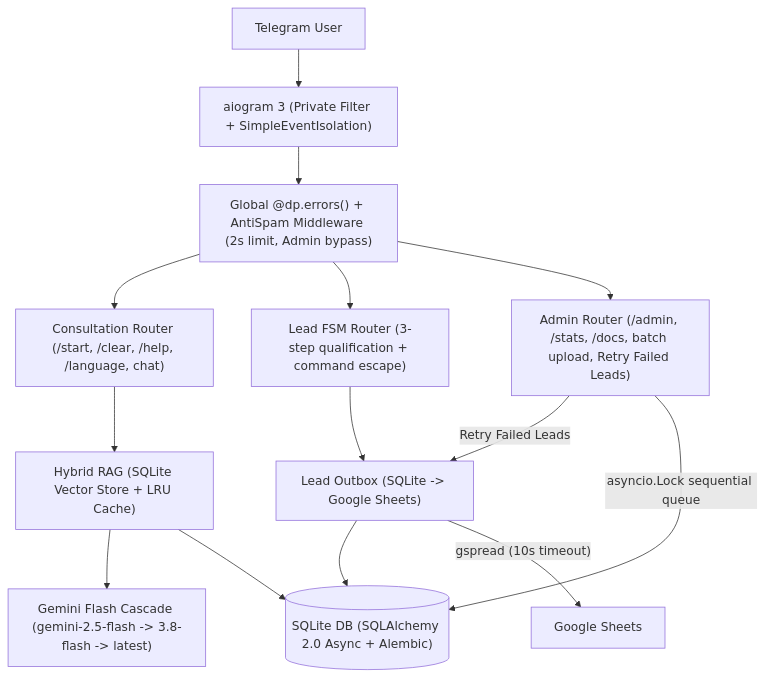
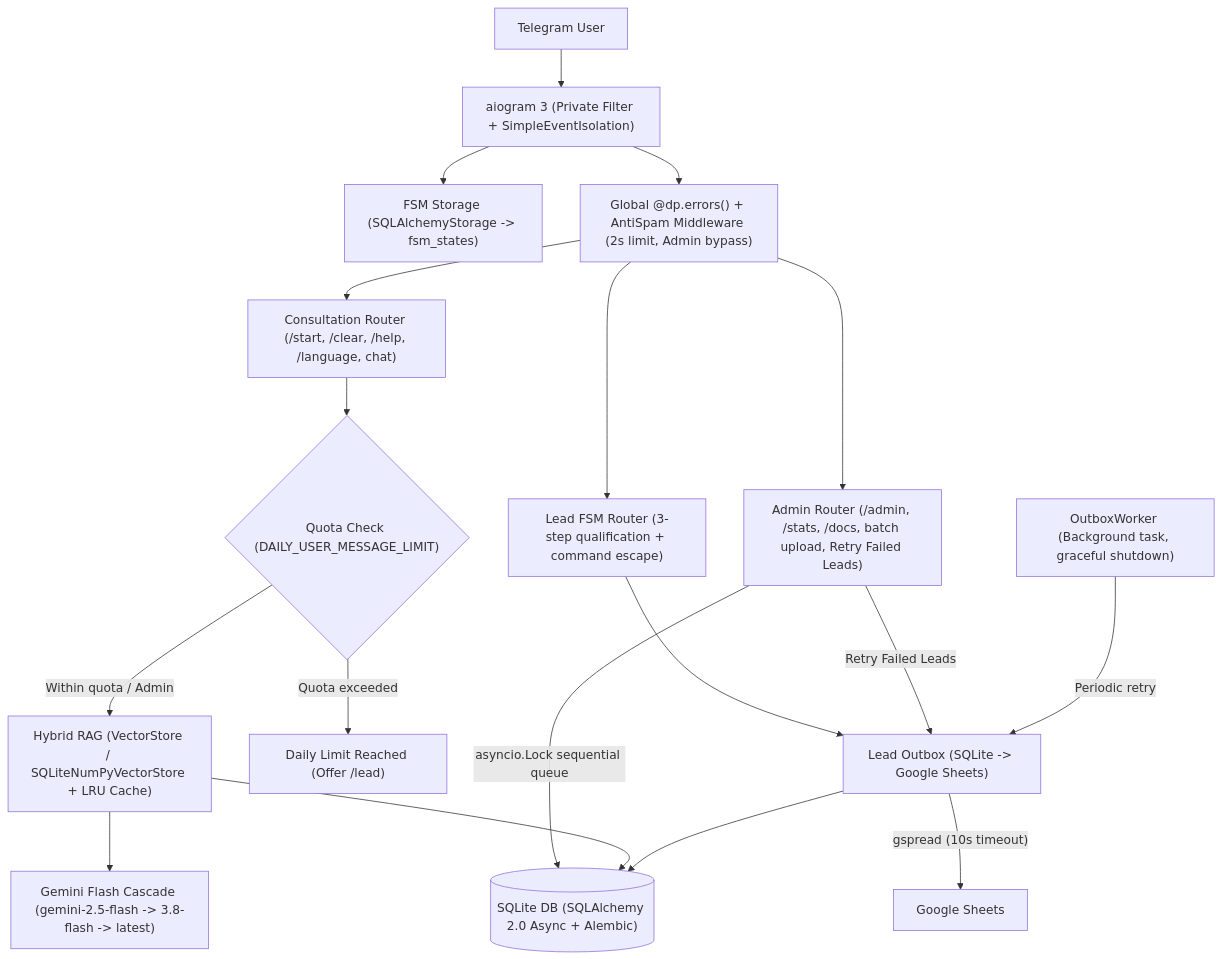
One commit to Artem-462/ai_lead_bot changed the first of 2 diagrams in README.md. Above: the diagram before and after it, drawn with Mermaid. The commit also changed other lines of this file and 8 other files, not shown here.

Commit message:
feat(rag,tests): add normalized VectorStore cache, real aiogram integration tests and sync README

````diff
--- a/README.md
+++ b/README.md
@@ -54,19 +54,23 @@
 ```mermaid
 flowchart TD
     User["Telegram User"] --> Bot["aiogram 3 (Private Filter + SimpleEventIsolation)"]
+    Bot --> FSM["FSM Storage (SQLAlchemyStorage -> fsm_states)"]
     Bot --> ErrorBoundary["Global @dp.errors() + AntiSpam Middleware (2s limit, Admin bypass)"]
 
     ErrorBoundary --> MainH["Consultation Router (/start, /clear, /help, /language, chat)"]
     ErrorBoundary --> LeadH["Lead FSM Router (3-step qualification + command escape)"]
     ErrorBoundary --> AdminH["Admin Router (/admin, /stats, /docs, batch upload, Retry Failed Leads)"]
 
-    MainH --> HybridRAG["Hybrid RAG (SQLite Vector Store + LRU Cache)"]
+    MainH --> QuotaCheck{"Quota Check (DAILY_USER_MESSAGE_LIMIT)"}
+    QuotaCheck -->|"Within quota / Admin"| HybridRAG["Hybrid RAG (VectorStore / SQLiteNumPyVectorStore + LRU Cache)"]
+    QuotaCheck -->|"Quota exceeded"| LimitMsg["Daily Limit Reached (Offer /lead)"]
     HybridRAG --> Gemini["Gemini Flash Cascade (gemini-2.5-flash -> 3.8-flash -> latest)"]
 
     LeadH --> Outbox["Lead Outbox (SQLite -> Google Sheets)"]
     AdminH -->|"Retry Failed Leads"| Outbox
     AdminH -->|"asyncio.Lock sequential queue"| DB[("SQLite DB (SQLAlchemy 2.0 Async + Alembic)")]
+    Worker["OutboxWorker (Background task, graceful shutdown)"] -->|"Periodic retry"| Outbox
     HybridRAG --> DB
     Outbox --> DB
     Outbox -->|"gspread (10s timeout)"| GSheets["Google Sheets"]
 ```
````
